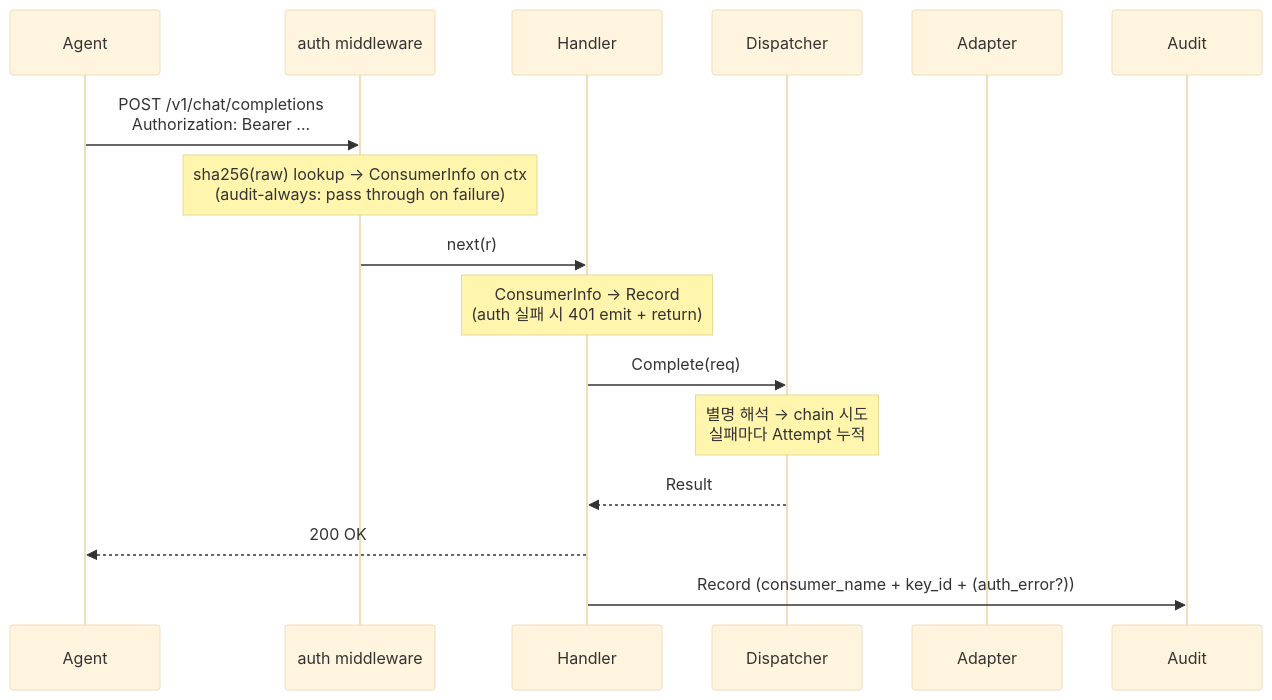
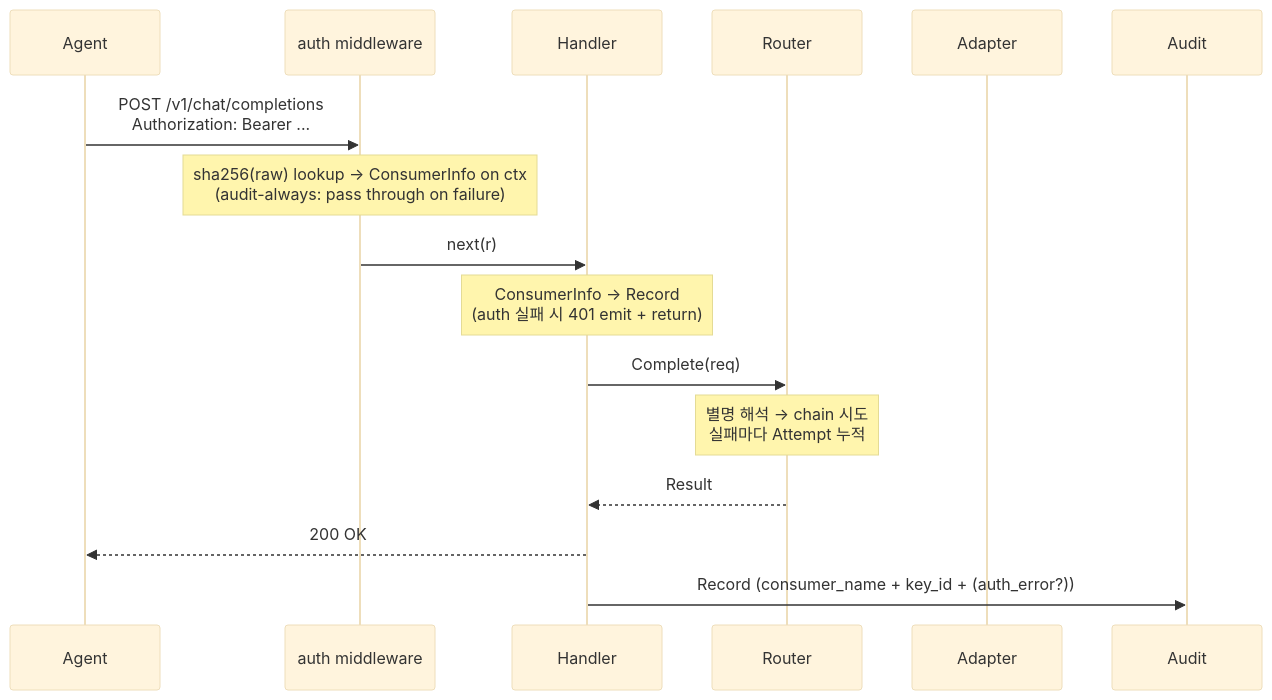
Before and after one commit to cagojeiger/llmgate: the fourth of 4 diagrams in docs/architecture.md, drawn with Mermaid (base theme). The commit also changed other lines of this file and 75 other files, not shown here.

````diff
--- a/docs/architecture.md
+++ b/docs/architecture.md
@@ -214,19 +217,19 @@
 ```mermaid
 sequenceDiagram
     participant A as Agent
     participant M as auth middleware
     participant H as Handler
-    participant R as Dispatcher
+    participant R as Router
     participant P as Adapter
     participant Au as Audit
 
     A->>M: POST /v1/chat/completions<br/>Authorization: Bearer ...
     Note over M: sha256(raw) lookup → ConsumerInfo on ctx<br/>(audit-always: pass through on failure)
     M->>H: next(r)
     Note over H: ConsumerInfo → Record<br/>(auth 실패 시 401 emit + return)
     H->>R: Complete(req)
     Note over R: 별명 해석 → chain 시도<br/>실패마다 Attempt 누적
     R-->>H: Result
     H-->>A: 200 OK
     H->>Au: Record (consumer_name + key_id + (auth_error?))
 ```
````
